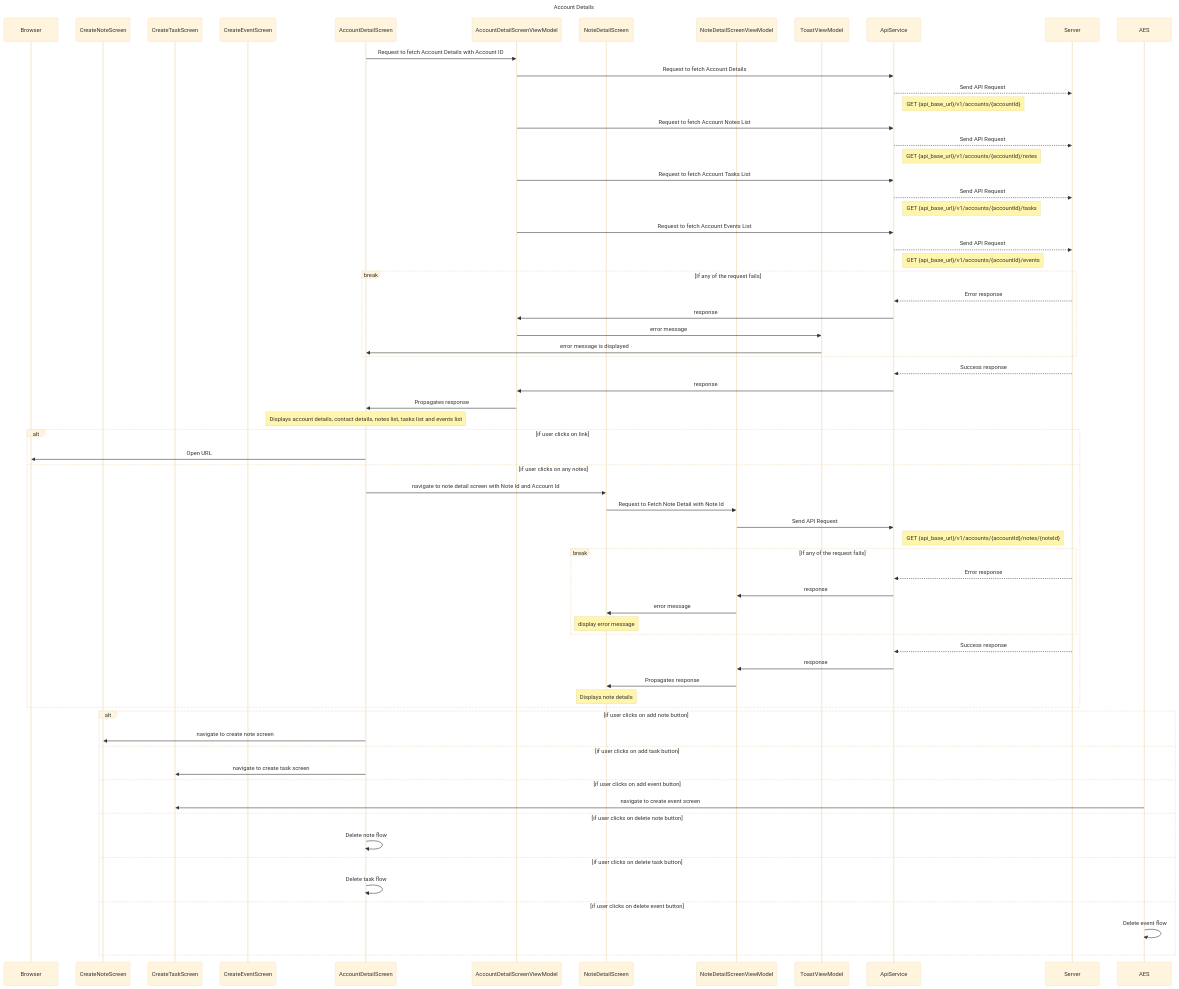
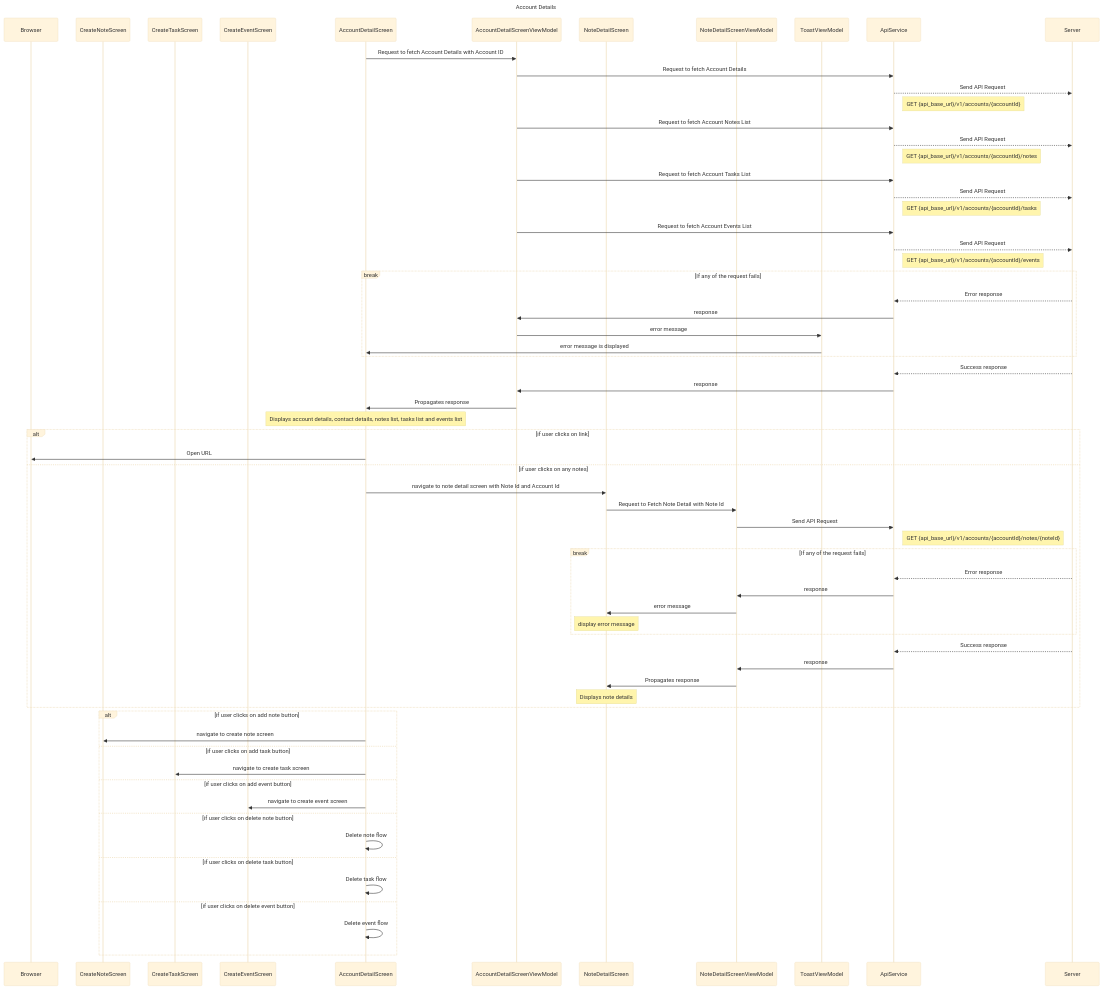
Before and after one commit to TrueSparrowSystems/AI-SalesSparrow-Docs: the diagram in flowDiagrams/IOS/AccountDetailScreen.mermaid, drawn with Mermaid (base theme).

Commit message:
Minor Fix

```diff
--- a/flowDiagrams/IOS/AccountDetailScreen.mermaid
+++ b/flowDiagrams/IOS/AccountDetailScreen.mermaid
@@ -1,78 +1,78 @@
 sequenceDiagram
     title Account Details
 
     participant B as Browser
     participant CNS as CreateNoteScreen
     participant CTS as CreateTaskScreen
     participant CES as CreateEventScreen
     participant ADS as AccountDetailScreen
     participant ADSVM as AccountDetailScreenViewModel
     participant NDS as NoteDetailScreen
     participant NDSVM as NoteDetailScreenViewModel
     participant TVM as ToastViewModel
     participant AS as ApiService
     participant S as Server
 
 
     ADS->>ADSVM: Request to fetch Account Details with Account ID
     ADSVM->>AS: Request to fetch Account Details
     AS-->>S: Send API Request
     note right of AS: GET {api_base_url}/v1/accounts/{accountId}
     ADSVM->>AS: Request to fetch Account Notes List
     AS-->>S: Send API Request
     note right of AS: GET {api_base_url}/v1/accounts/{accountId}/notes
     ADSVM->>AS: Request to fetch Account Tasks List
     AS-->>S: Send API Request
     note right of AS: GET {api_base_url}/v1/accounts/{accountId}/tasks
     ADSVM->>AS: Request to fetch Account Events List
     AS-->>S: Send API Request
     note right of AS: GET {api_base_url}/v1/accounts/{accountId}/events
     
 
     break If any of the request fails
         S-->>AS: Error response
         AS->>ADSVM: response
         ADSVM->>TVM: error message
         TVM->>ADS: error message is displayed
     end
     
     S-->>AS: Success response
     AS->>ADSVM: response
     ADSVM->>ADS: Propagates response
     note over ADS: Displays account details, contact details, notes list, tasks list and events list
     alt if user clicks on link
         ADS ->> B: Open URL
     else if user clicks on any notes 
         ADS ->> NDS: navigate to note detail screen with Note Id and Account Id
         NDS ->> NDSVM: Request to Fetch Note Detail with Note Id
         NDSVM ->> AS: Send API Request
         note right of AS: GET {api_base_url}/v1/accounts/{accountId}/notes/{noteId}
 
         break If any of the request fails
             S-->>AS: Error response
             AS->>NDSVM: response
             NDSVM->>NDS: error message
             note over NDS: display error message
 
         end
 
         S-->>AS: Success response
         AS->>NDSVM: response
         NDSVM->>NDS: Propagates response
         note over NDS: Displays note details
 
     end
 
     alt if user clicks on add note button
         ADS ->> CNS: navigate to create note screen
     else if user clicks on add task button
         ADS ->> CTS: navigate to create task screen
     else if user clicks on add event button
-        AES ->> CTS: navigate to create event screen
+        ADS ->> CES: navigate to create event screen
     else if user clicks on delete note button
         ADS->>ADS: Delete note flow
     else if user clicks on delete task button
         ADS->>ADS: Delete task flow
     else if user clicks on delete event button
-        AES->>AES: Delete event flow
+        ADS->>ADS: Delete event flow
     end
```
